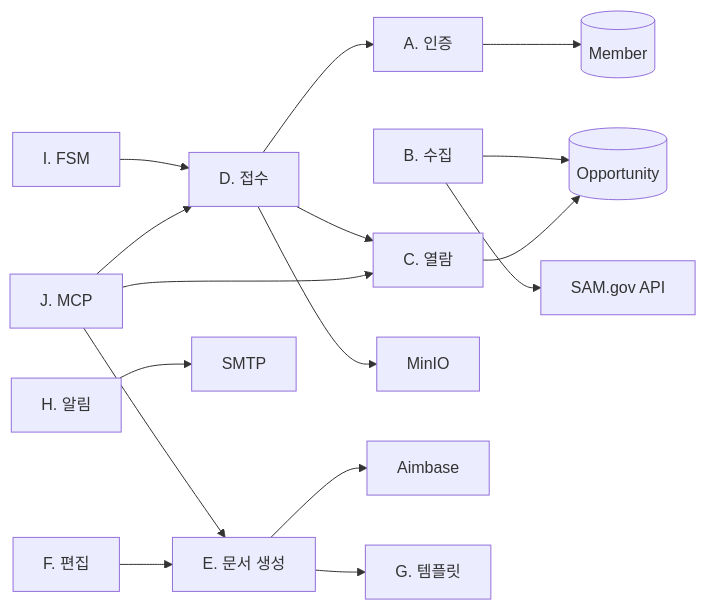
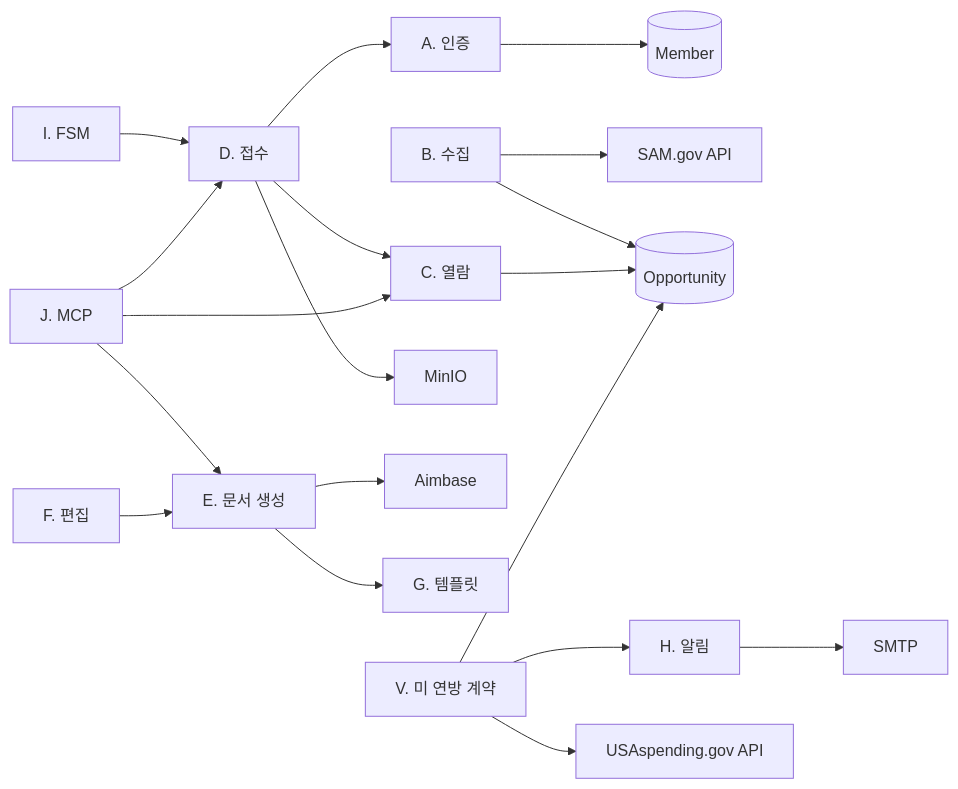
The first of 2 diagrams in docs/execution-spec.md (johnnykim7/wjbid), drawn with Mermaid before and after one commit. The commit also changed other lines of this file and 15 other files, not shown here.

````diff
--- a/docs/execution-spec.md
+++ b/docs/execution-spec.md
@@ -438,18 +439,21 @@
 ```mermaid
 flowchart LR
     AUTH[A. 인증] --> MEMBER_DB[(Member)]
     COLLECT[B. 수집] --> SAM[SAM.gov API]
     COLLECT --> OPP_DB[(Opportunity)]
     BROWSE[C. 열람] --> OPP_DB
     BID[D. 접수] --> AUTH
     BID --> BROWSE
     BID --> MINIO[MinIO]
     FSM[I. FSM] --> BID
     MCP[J. MCP] --> BROWSE
     MCP[J. MCP] --> BID
     MCP --> DOC[E. 문서 생성]
     DOC --> AIMBASE[Aimbase]
     DOC --> TPL[G. 템플릿]
     EDIT[F. 편집] --> DOC
     NOTIFY[H. 알림] --> SMTP[SMTP]
+    FED[V. 미 연방 계약] --> USA[USAspending.gov API]
+    FED --> NOTIFY
+    FED --> OPP_DB
 ```
````
